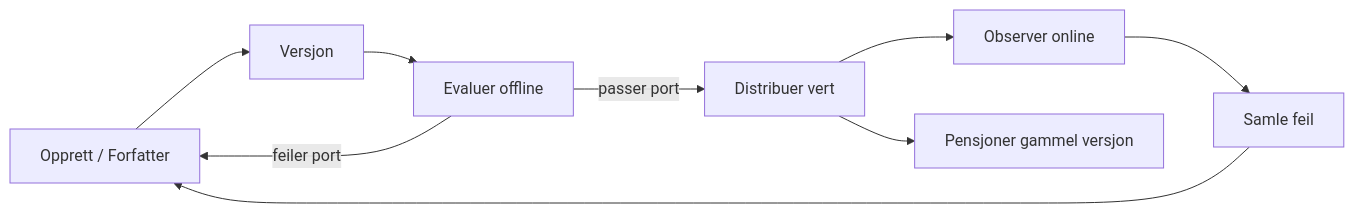
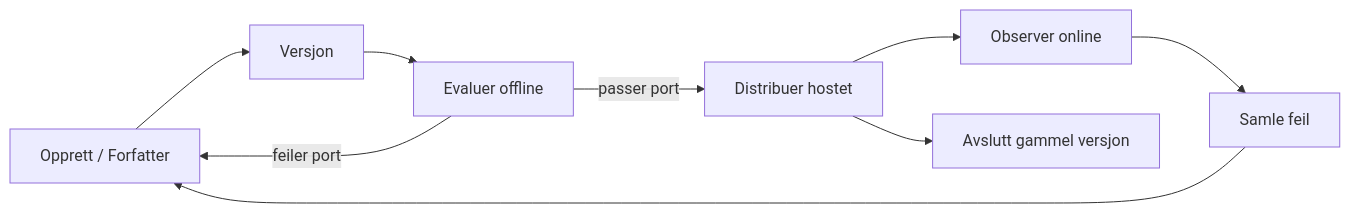
The second of 4 diagrams in translations/no/16-deploying-scalable-agents/README.md (microsoft/ai-agents-for-beginners), drawn with Mermaid before and after one commit. The commit also changed other lines of this file and 47 other files, not shown here.

````diff
--- a/translations/no/16-deploying-scalable-agents/README.md
+++ b/translations/no/16-deploying-scalable-agents/README.md
@@ -108,11 +108,11 @@
 ```mermaid
 flowchart LR
     Create[Opprett / Forfatter] --> Version[Versjon]
     Version --> Evaluate[Evaluer offline]
-    Evaluate -->|passer port| Deploy[Distribuer vert]
+    Evaluate -->|passer port| Deploy[Distribuer hostet]
     Evaluate -->|feiler port| Create
     Deploy --> Observe[Observer online]
     Observe --> Improve[Samle feil]
     Improve --> Create
-    Deploy --> Retire[Pensjoner gammel versjon]
+    Deploy --> Retire[Avslutt gammel versjon]
 ```
````
